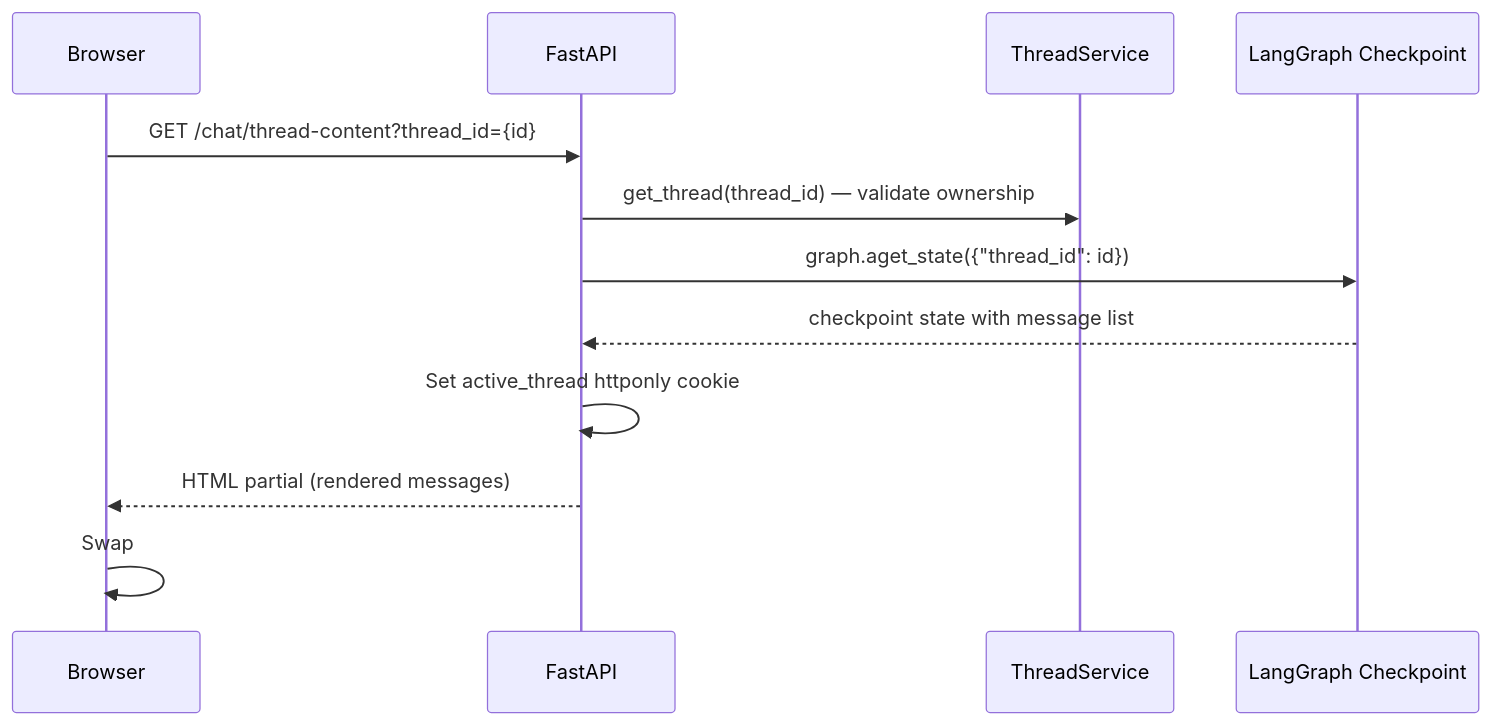
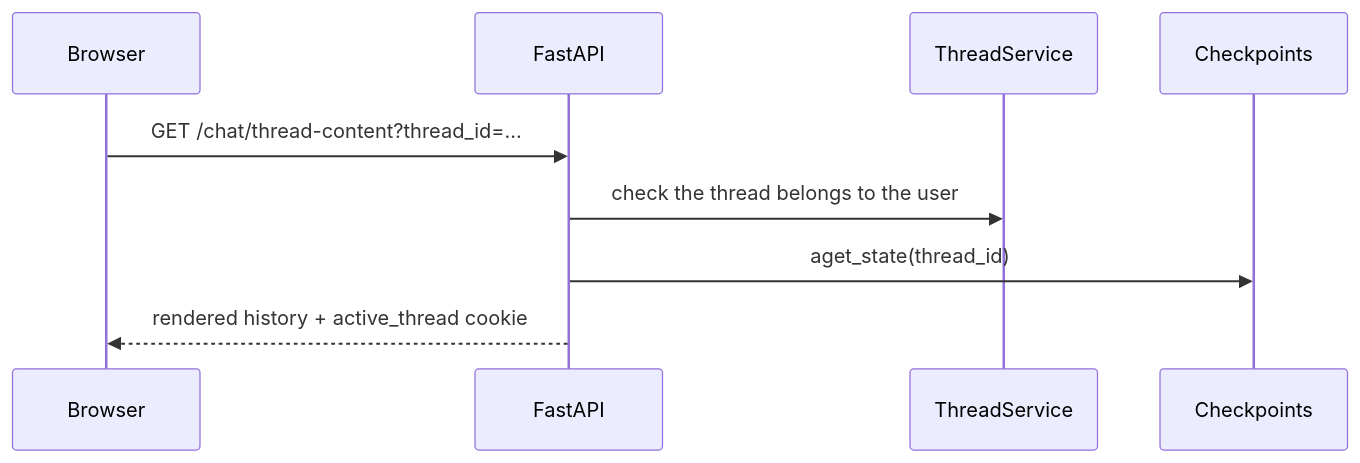
The ninth of 9 diagrams in docs/architecture.md (darth-dodo/habla-hermano), drawn with Mermaid before and after one commit. The commit also changed other lines of this file and 10 other files, not shown here.

````diff
--- a/docs/architecture.md
+++ b/docs/architecture.md
@@ -422,15 +205,11 @@
 ```mermaid
 sequenceDiagram
     participant B as Browser
     participant F as FastAPI
-    participant S as ThreadService
-    participant G as LangGraph Checkpoint
-
-    B->>F: GET /chat/thread-content?thread_id={id}
-    F->>S: get_thread(thread_id) — validate ownership
-    F->>G: graph.aget_state({"thread_id": id})
-    G-->>F: checkpoint state with message list
-    F->>F: Set active_thread httponly cookie
-    F-->>B: HTML partial (rendered messages)
-    B->>B: Swap #chat-messages, dispatch 'thread-switched'
+    participant T as ThreadService
+    participant G as Checkpoints
+    B->>F: GET /chat/thread-content?thread_id=...
+    F->>T: check the thread belongs to the user
+    F->>G: aget_state(thread_id)
+    F-->>B: rendered history + active_thread cookie
 ```
````
